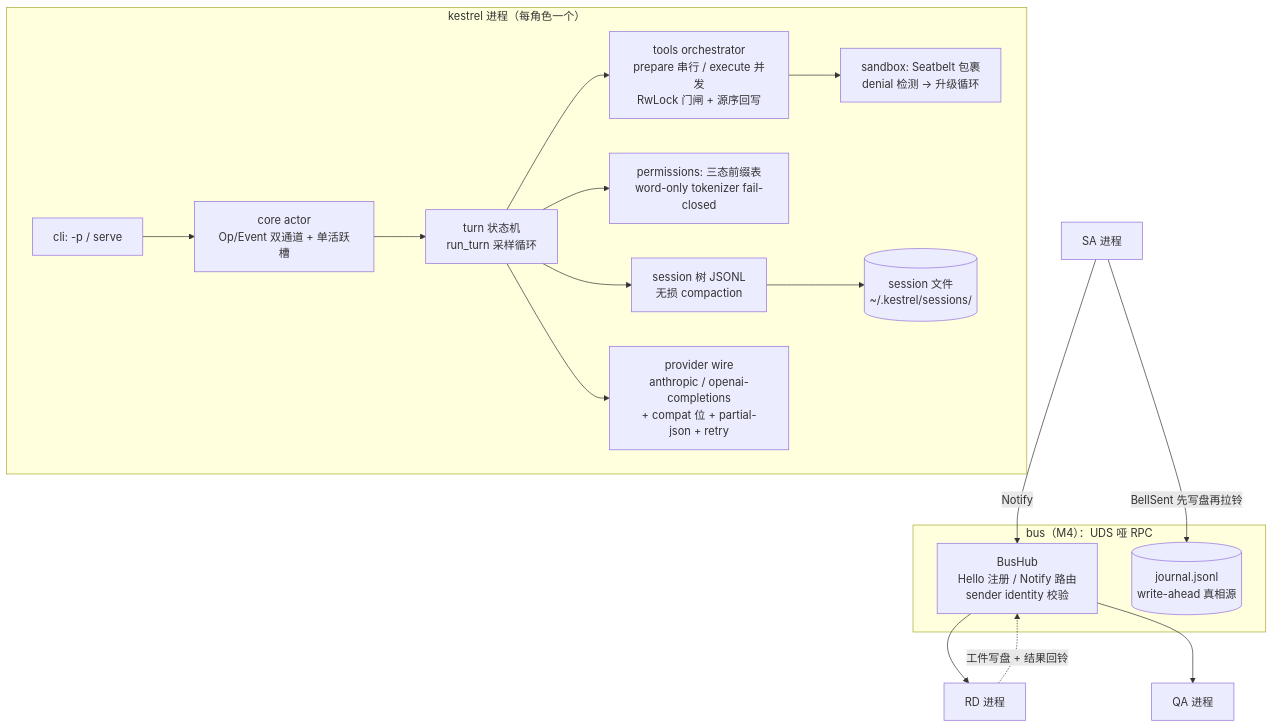
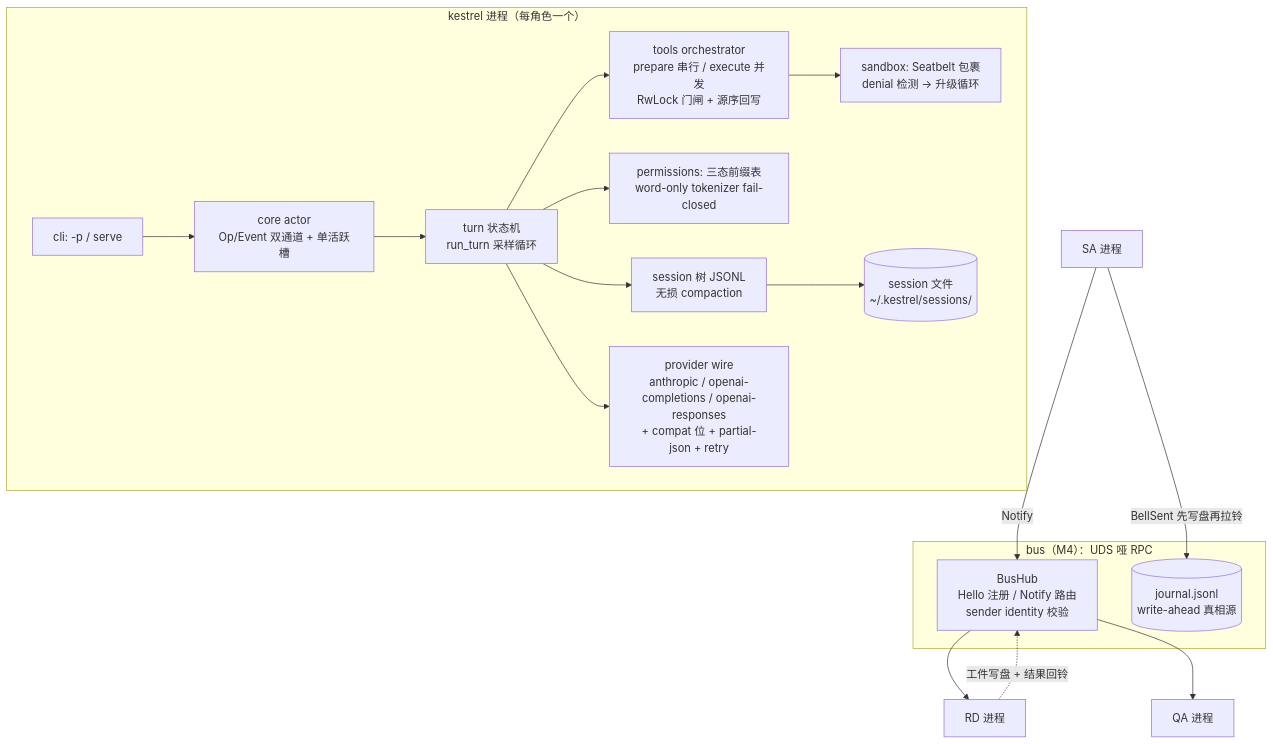
The diagram in docs/design.md (keepsilentw/kestrel), drawn with Mermaid before and after one commit. The commit also changed other lines of this file and 2 other files, not shown here.

Commit message:
docs: record the third wire, the online projection and counts

````diff
--- a/docs/design.md
+++ b/docs/design.md
@@ -19,22 +20,22 @@
 ```mermaid
 flowchart TD
     subgraph 进程[kestrel 进程（每角色一个）]
         CLI[cli: -p / serve] --> ACTOR
         ACTOR["core actor<br/>Op/Event 双通道 + 单活跃槽"]
         ACTOR --> TURN["turn 状态机<br/>run_turn 采样循环"]
         TURN --> ORCH["tools orchestrator<br/>prepare 串行 / execute 并发<br/>RwLock 门闸 + 源序回写"]
         ORCH --> SANDBOX["sandbox: Seatbelt 包裹<br/>denial 检测 → 升级循环"]
         TURN --> PERM["permissions: 三态前缀表<br/>word-only tokenizer fail-closed"]
         TURN --> SESSION["session 树 JSONL<br/>无损 compaction"]
-        TURN --> WIRE["provider wire<br/>anthropic / openai-completions<br/>+ compat 位 + partial-json + retry"]
+        TURN --> WIRE["provider wire<br/>anthropic / openai-completions / openai-responses<br/>+ compat 位 + partial-json + retry"]
         SESSION --> TREE[("session 文件<br/>~/.kestrel/sessions/")]
     end
     subgraph 总线[bus（M4）：UDS 哑 RPC]
         HUB["BusHub<br/>Hello 注册 / Notify 路由<br/>sender identity 校验"]
         JOURNAL[("journal.jsonl<br/>write-ahead 真相源")]
     end
     SA[SA 进程] -- "BellSent 先写盘再拉铃" --> JOURNAL
     SA -- Notify --> HUB --> RD[RD 进程]
     HUB --> QA[QA 进程]
     RD -. "工件写盘 + 结果回铃" .-> HUB
 ```
````
